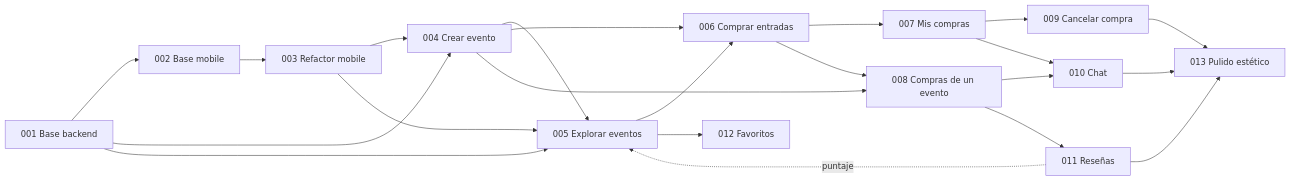
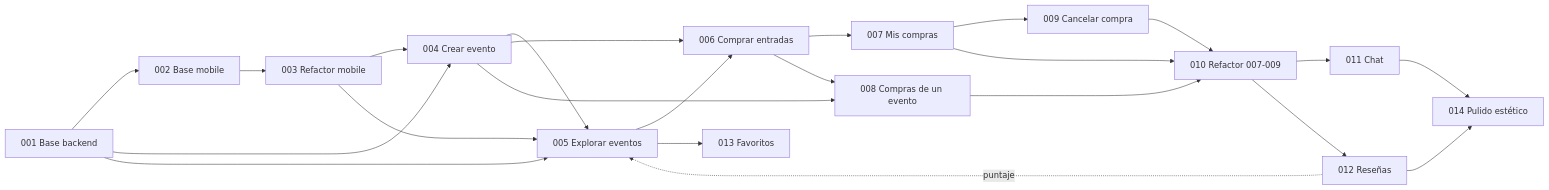
The diagram in docs/backlog.md (bdasilvabarata/ai-ticket-it), drawn with Mermaid before and after one commit. The commit also changed other lines of this file and 8 other files, not shown here.

````diff
--- a/docs/backlog.md
+++ b/docs/backlog.md
@@ -38,24 +39,25 @@
 ```mermaid
 graph LR
   F001[001 Base backend] --> F002[002 Base mobile]
   F002 --> F003[003 Refactor mobile]
   F001 --> F004[004 Crear evento]
   F003 --> F004
   F001 --> F005[005 Explorar eventos]
   F003 --> F005
   F004 --> F005
   F004 --> F006[006 Comprar entradas]
   F005 --> F006
   F006 --> F007[007 Mis compras]
   F004 --> F008[008 Compras de un evento]
   F006 --> F008
   F007 --> F009[009 Cancelar compra]
-  F007 --> F010[010 Chat]
+  F007 --> F010[010 Refactor 007-009]
   F008 --> F010
-  F008 --> F011[011 Reseñas]
-  F011 -. puntaje .-> F005
-  F005 --> F012[012 Favoritos]
-  F009 --> F013[013 Pulido estético]
-  F010 --> F013
-  F011 --> F013
+  F009 --> F010
+  F010 --> F011[011 Chat]
+  F010 --> F012[012 Reseñas]
+  F012 -. puntaje .-> F005
+  F005 --> F013[013 Favoritos]
+  F011 --> F014[014 Pulido estético]
+  F012 --> F014
 ```
````
